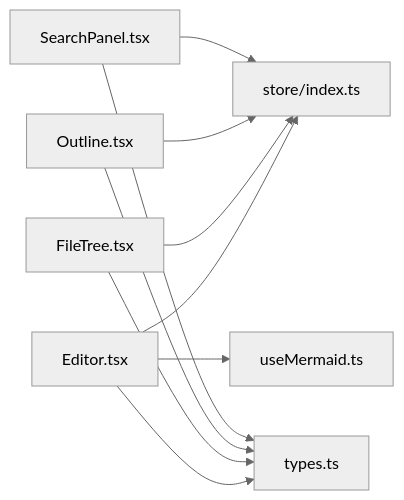
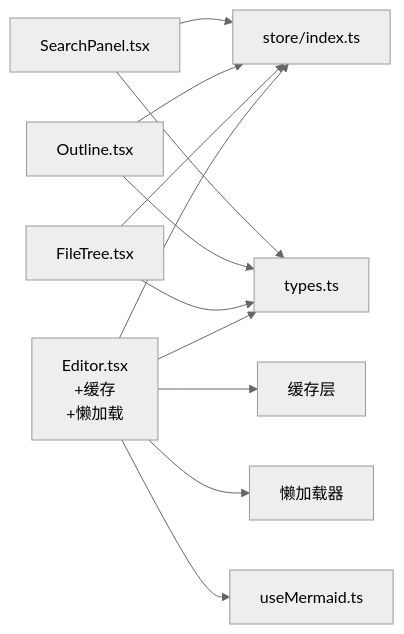
Diagram 11 of 11 in .qoder/repowiki/zh/content/核心组件/核心组件.md (gongshiyun/ZenNote), drawn with Mermaid (neutral theme) before and after one commit. The commit also changed other lines of this file and 42 other files, not shown here.

````diff
--- a/.qoder/repowiki/zh/content/核心组件/核心组件.md
+++ b/.qoder/repowiki/zh/content/核心组件/核心组件.md
@@ -384,12 +447,14 @@
 ```mermaid
 graph LR
-ED["Editor.tsx"] --> ST["store/index.ts"]
+ED["Editor.tsx<br/>+缓存<br/>+懒加载"] --> ST["store/index.ts"]
 ED --> TY["types.ts"]
+ED --> CACHE["缓存层"]
+ED --> LAZY["懒加载器"]
 FT["FileTree.tsx"] --> ST
 FT --> TY
 OL["Outline.tsx"] --> TY
 OL --> ST
 SP["SearchPanel.tsx"] --> ST
 SP --> TY
 ED --> HM["useMermaid.ts"]
 ```
````
